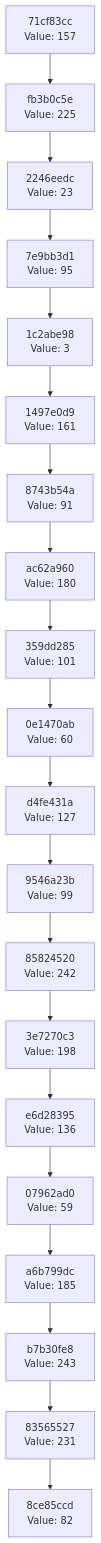
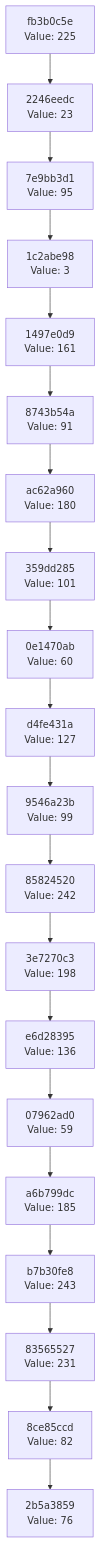
One commit to Abhisheksinha1506/hash-chain-evolver changed the diagram in docs/CHAIN_VISUALIZATION.md. Above: the diagram before and after it, drawn with Mermaid. The commit also changed 2 other files, not shown here.

Commit message:
Evolution Step

````diff
--- a/docs/CHAIN_VISUALIZATION.md
+++ b/docs/CHAIN_VISUALIZATION.md
@@ -3,42 +3,42 @@
 ```mermaid
 graph TD
-    C0["8ce85ccd<br/>Value: 82"]
-    C1["83565527<br/>Value: 231"]
+    C0["2b5a3859<br/>Value: 76"]
+    C1["8ce85ccd<br/>Value: 82"]
     C1 --> C0
-    C2["b7b30fe8<br/>Value: 243"]
+    C2["83565527<br/>Value: 231"]
     C2 --> C1
-    C3["a6b799dc<br/>Value: 185"]
+    C3["b7b30fe8<br/>Value: 243"]
     C3 --> C2
-    C4["07962ad0<br/>Value: 59"]
+    C4["a6b799dc<br/>Value: 185"]
     C4 --> C3
-    C5["e6d28395<br/>Value: 136"]
+    C5["07962ad0<br/>Value: 59"]
     C5 --> C4
-    C6["3e7270c3<br/>Value: 198"]
+    C6["e6d28395<br/>Value: 136"]
     C6 --> C5
-    C7["85824520<br/>Value: 242"]
+    C7["3e7270c3<br/>Value: 198"]
     C7 --> C6
-    C8["9546a23b<br/>Value: 99"]
+    C8["85824520<br/>Value: 242"]
     C8 --> C7
-    C9["d4fe431a<br/>Value: 127"]
+    C9["9546a23b<br/>Value: 99"]
     C9 --> C8
-    C10["0e1470ab<br/>Value: 60"]
+    C10["d4fe431a<br/>Value: 127"]
     C10 --> C9
-    C11["359dd285<br/>Value: 101"]
+    C11["0e1470ab<br/>Value: 60"]
     C11 --> C10
-    C12["ac62a960<br/>Value: 180"]
+    C12["359dd285<br/>Value: 101"]
     C12 --> C11
-    C13["8743b54a<br/>Value: 91"]
+    C13["ac62a960<br/>Value: 180"]
     C13 --> C12
-    C14["1497e0d9<br/>Value: 161"]
+    C14["8743b54a<br/>Value: 91"]
     C14 --> C13
-    C15["1c2abe98<br/>Value: 3"]
+    C15["1497e0d9<br/>Value: 161"]
     C15 --> C14
-    C16["7e9bb3d1<br/>Value: 95"]
+    C16["1c2abe98<br/>Value: 3"]
     C16 --> C15
-    C17["2246eedc<br/>Value: 23"]
+    C17["7e9bb3d1<br/>Value: 95"]
     C17 --> C16
-    C18["fb3b0c5e<br/>Value: 225"]
+    C18["2246eedc<br/>Value: 23"]
     C18 --> C17
-    C19["71cf83cc<br/>Value: 157"]
+    C19["fb3b0c5e<br/>Value: 225"]
     C19 --> C18
 ```
````
